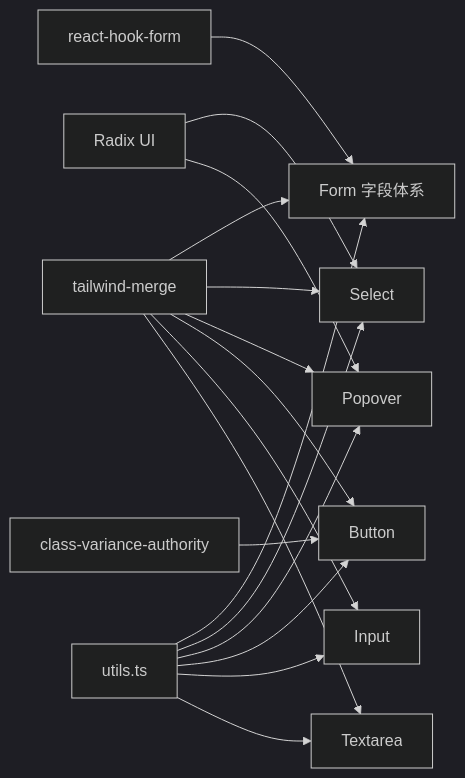
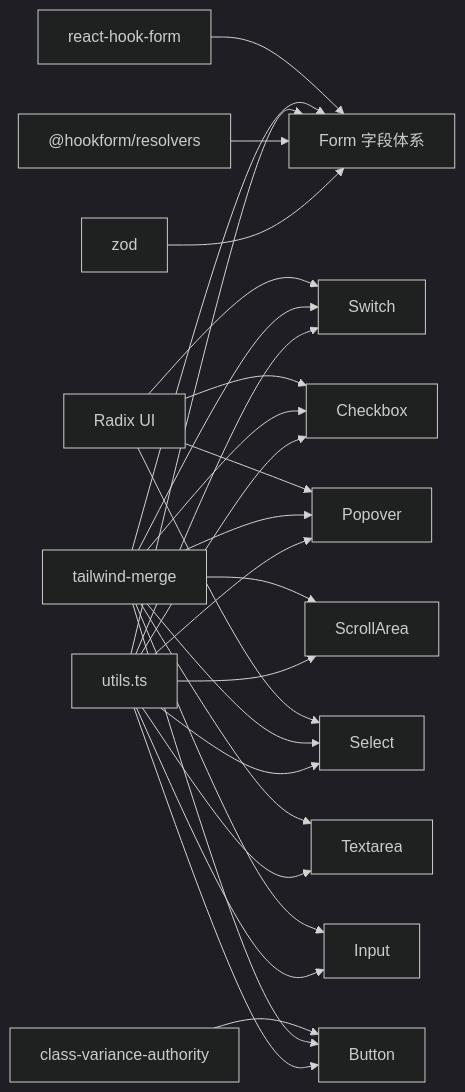
The eighth of 8 diagrams in .qoder/repowiki/zh/content/UI组件系统/表单组件.md (RadiumAg/bilibili-favorites), drawn with Mermaid (dark theme) before and after one commit. The commit also changed other lines of this file and 27 other files, not shown here.

````diff
--- a/.qoder/repowiki/zh/content/UI组件系统/表单组件.md
+++ b/.qoder/repowiki/zh/content/UI组件系统/表单组件.md
@@ -280,19 +457,29 @@
 ```mermaid
 graph LR
 RH["react-hook-form"] --> F["Form 字段体系"]
 RUI["Radix UI"] --> S["Select"]
 RUI --> P["Popover"]
+RUI --> CB["Checkbox"]
+RUI --> SW["Switch"]
 CVA["class-variance-authority"] --> B["Button"]
 TW["tailwind-merge"] --> F
 TW --> S
 TW --> P
 TW --> B
 TW --> IN["Input"]
 TW --> TA["Textarea"]
+TW --> SA["ScrollArea"]
+TW --> CB
+TW --> SW
 UT["utils.ts"] --> F
 UT --> S
 UT --> P
 UT --> B
 UT --> IN
 UT --> TA
+UT --> SA
+UT --> CB
+UT --> SW
+ZR["@hookform/resolvers"] --> F
+ZD["zod"] --> F
 ```
````
